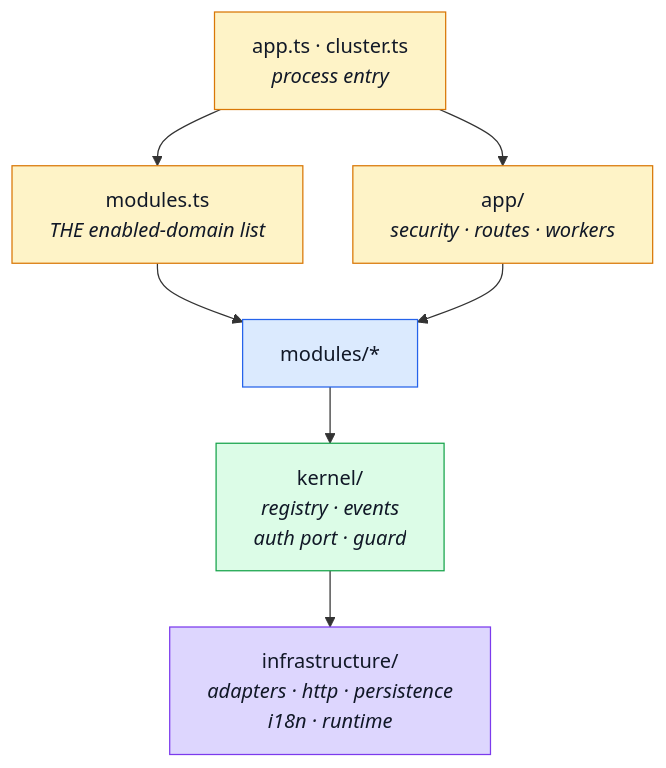
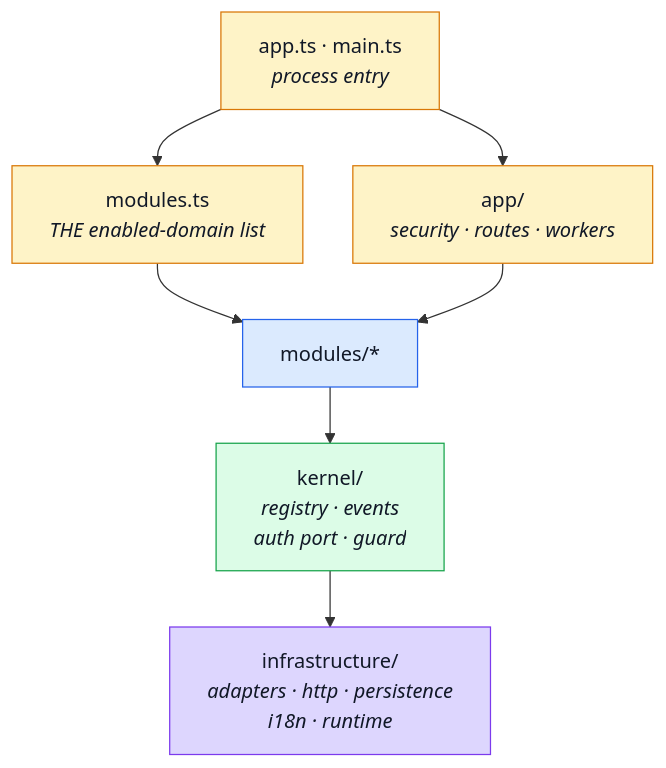
Before and after one commit to Guebbit/boilerplate-node-backend: the third of 7 diagrams in docs/theory/modules.md, drawn with Mermaid. The commit also changed 31 other files, not shown here.

First line of the commit message:
feat(runtime): run one process by default, cluster only behind start:cluster

````diff
--- a/docs/theory/modules.md
+++ b/docs/theory/modules.md
@@ -193,23 +193,23 @@
 ```mermaid
 %%{init: {'flowchart': {'nodeSpacing': 40, 'rankSpacing': 45}}}%%
 flowchart TD
-    ENTRY["app.ts · cluster.ts<br/><i>process entry</i>"]
+    ENTRY["app.ts · main.ts<br/><i>process entry</i>"]
     REG["modules.ts<br/><i>THE enabled-domain list</i>"]
     APP["app/<br/><i>security · routes · workers</i>"]
     MODS["modules/*"]
     PLAT["kernel/<br/><i>registry · events<br/>auth port · guard</i>"]
     CORE["infrastructure/<br/><i>adapters · http · persistence<br/>i18n · runtime</i>"]
 
     ENTRY --> REG --> MODS
     ENTRY --> APP --> MODS
     MODS --> PLAT --> CORE
 
     classDef app fill:#fef3c7,stroke:#d97706,color:#111827;
     classDef domain fill:#dbeafe,stroke:#2563eb,color:#111827;
     classDef plat fill:#dcfce7,stroke:#16a34a,color:#111827;
     classDef infrastructure fill:#ddd6fe,stroke:#7c3aed,color:#111827;
     class ENTRY,REG,APP app;
     class MODS domain;
     class PLAT plat;
     class CORE infrastructure;
 ```
````
